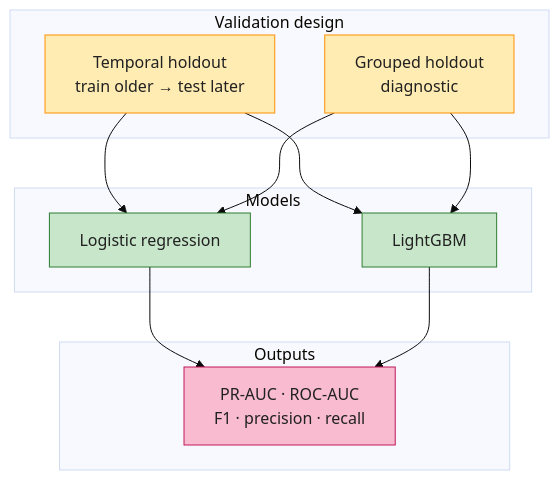
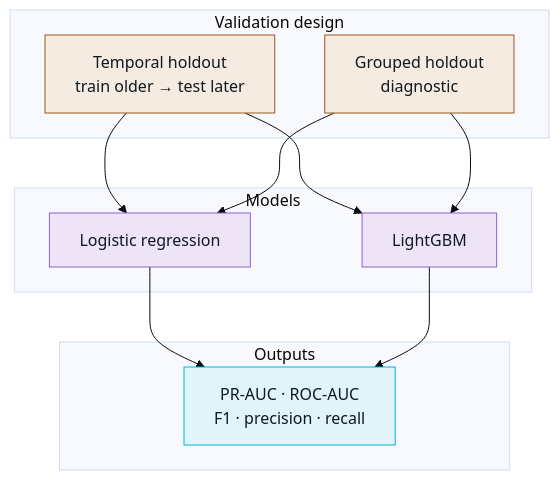
The diagram in poster/diagrams/02_validation_and_models.mmd (cruzaddy91/DATA-470_DSCapstone), drawn with Mermaid (base theme) before and after one commit. The commit also changed 18 other files, not shown here.

Commit message:
Follow-up: poster visual spec scripts and regenerated diagrams

```diff
--- a/poster/diagrams/02_validation_and_models.mmd
+++ b/poster/diagrams/02_validation_and_models.mmd
@@ -1,32 +1,33 @@
 %% Capstone poster — panel 2 (EnableCV-style: splits → models → metrics)
 %% Compare: standup unified flow (pipelines vs datasets legend pattern)
 
 flowchart TB
   subgraph V["Validation design"]
     T[Temporal holdout<br/>train older → test later]
     G[Grouped holdout<br/>diagnostic]
   end
 
   subgraph M["Models"]
     LR[Logistic regression]
     LGB[LightGBM]
   end
 
   subgraph O["Outputs"]
     MET[PR-AUC · ROC-AUC<br/>F1 · precision · recall]
   end
 
   T --> LR
   T --> LGB
   G --> LR
   G --> LGB
   LR --> MET
   LGB --> MET
 
-  classDef pipeline fill:#ffecb3,stroke:#ff8f00,color:#212121
-  classDef process fill:#c8e6c9,stroke:#2e7d32,color:#212121
-  classDef reporting fill:#f8bbd0,stroke:#c2185b,color:#212121
+  %% Westminster brand (see westminster_poster_palette.py)
+  classDef pipeline fill:#F5EBE0,stroke:#9D581F,color:#101820
+  classDef process fill:#EDE5F7,stroke:#9063CD,color:#101820
+  classDef reporting fill:#E0F4FA,stroke:#00B5E2,color:#101820
 
   class T,G pipeline
   class LR,LGB process
   class MET reporting
```
